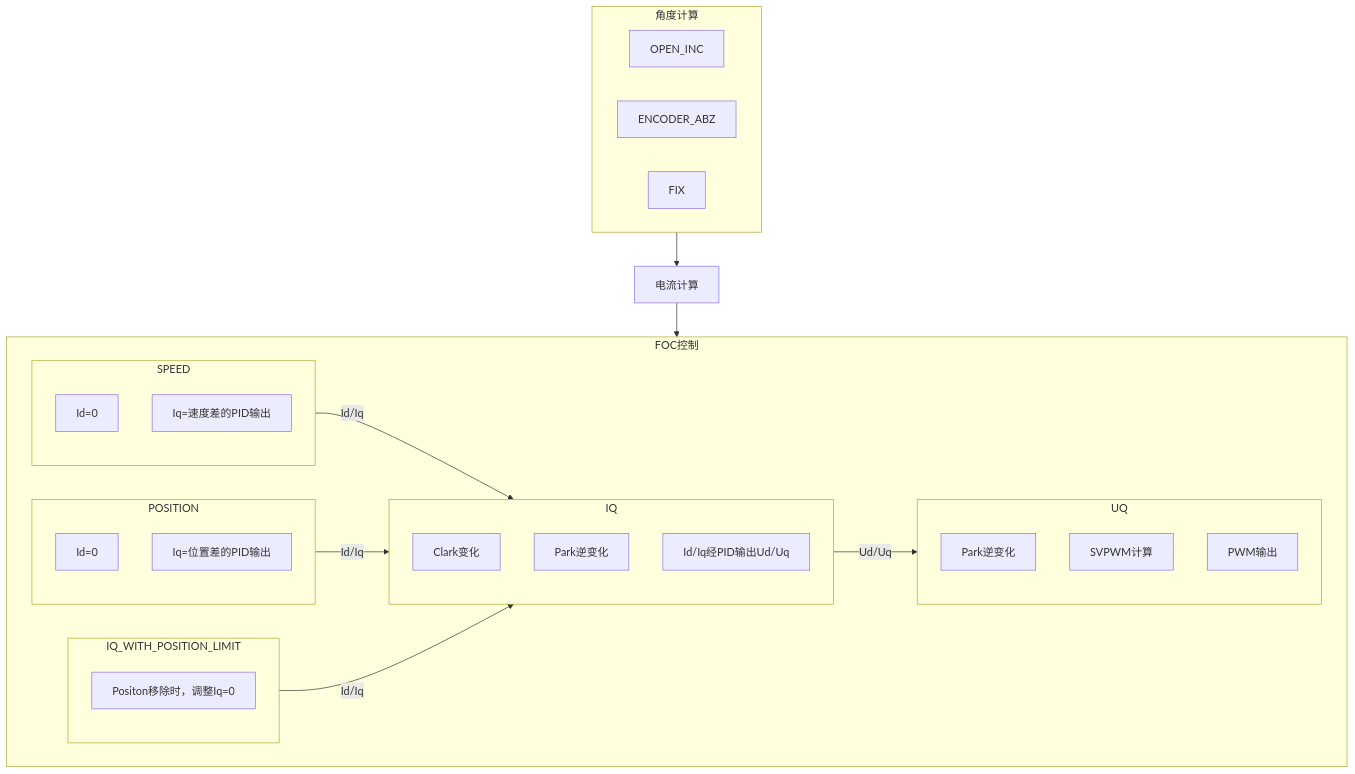
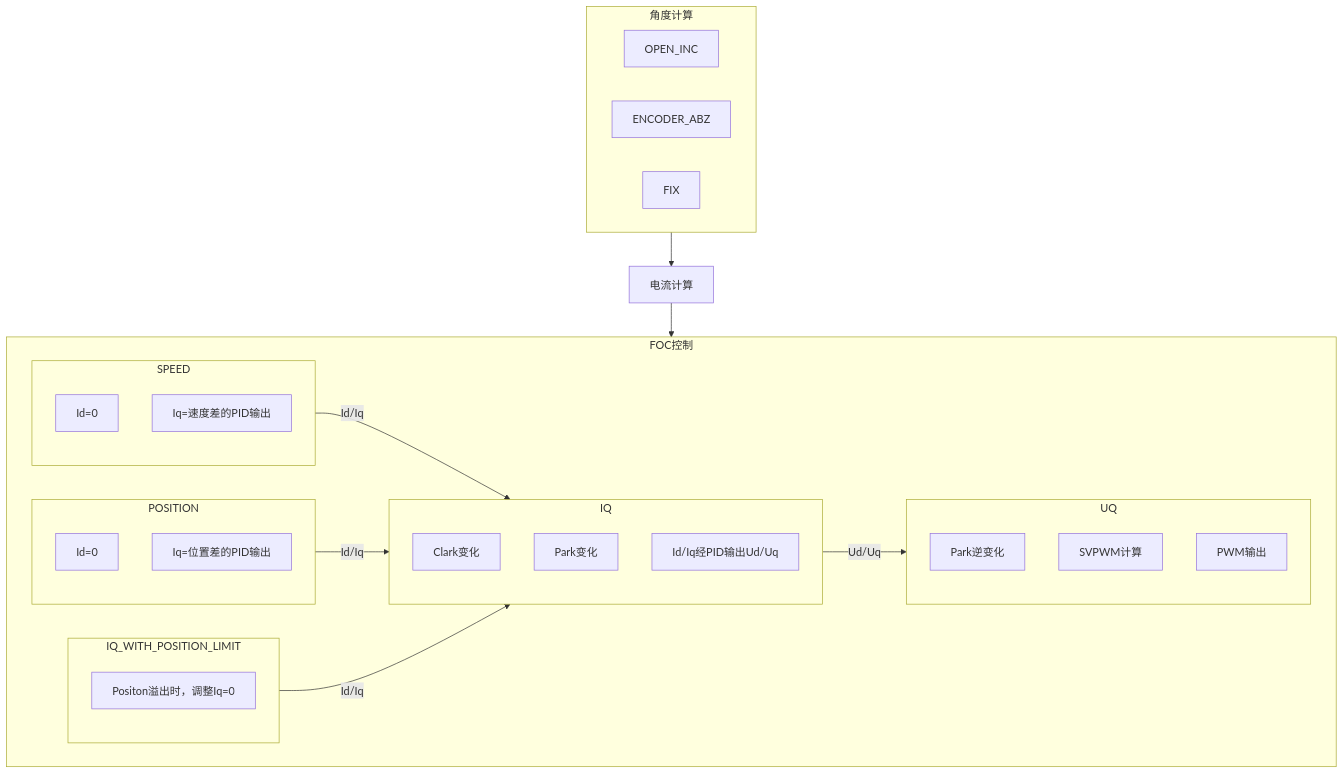
The fifth of 5 diagrams in README.md (bobwenstudy/easy_mc), drawn with Mermaid before and after one commit. The commit also changed other lines of this file, not shown here.

````diff
--- a/README.md
+++ b/README.md
@@ -316,42 +318,42 @@
 ```mermaid
 graph TD
 subgraph A[角度计算]
     a1[OPEN_INC]
     a2[ENCODER_ABZ]
     a3[FIX]
     end
 B[电流计算]
 
 subgraph C[FOC控制]
     subgraph CA[UQ]
         ca1[Park逆变化]
         ca2[SVPWM计算]
         ca3[PWM输出]
         end
     subgraph CB[IQ]
         cb1[Clark变化]
-        cb2[Park逆变化]
+        cb2[Park变化]
         cb3[Id/Iq经PID输出Ud/Uq]
         end
     subgraph CC[SPEED]
         cc1[Id=0]
         cc2[Iq=速度差的PID输出]
         end
     subgraph CD[POSITION]
         cd1[Id=0]
         cd2[Iq=位置差的PID输出]
         end
     subgraph CE[IQ_WITH_POSITION_LIMIT]
-        ce1[Positon移除时，调整Iq=0]
+        ce1[Positon溢出时，调整Iq=0]
         end
     end
 
 A-->B
 B-->C
 
 
 CC-->|Id/Iq|CB
 CD-->|Id/Iq|CB
 CE-->|Id/Iq|CB
 CB-->|Ud/Uq|CA
 ```
````
